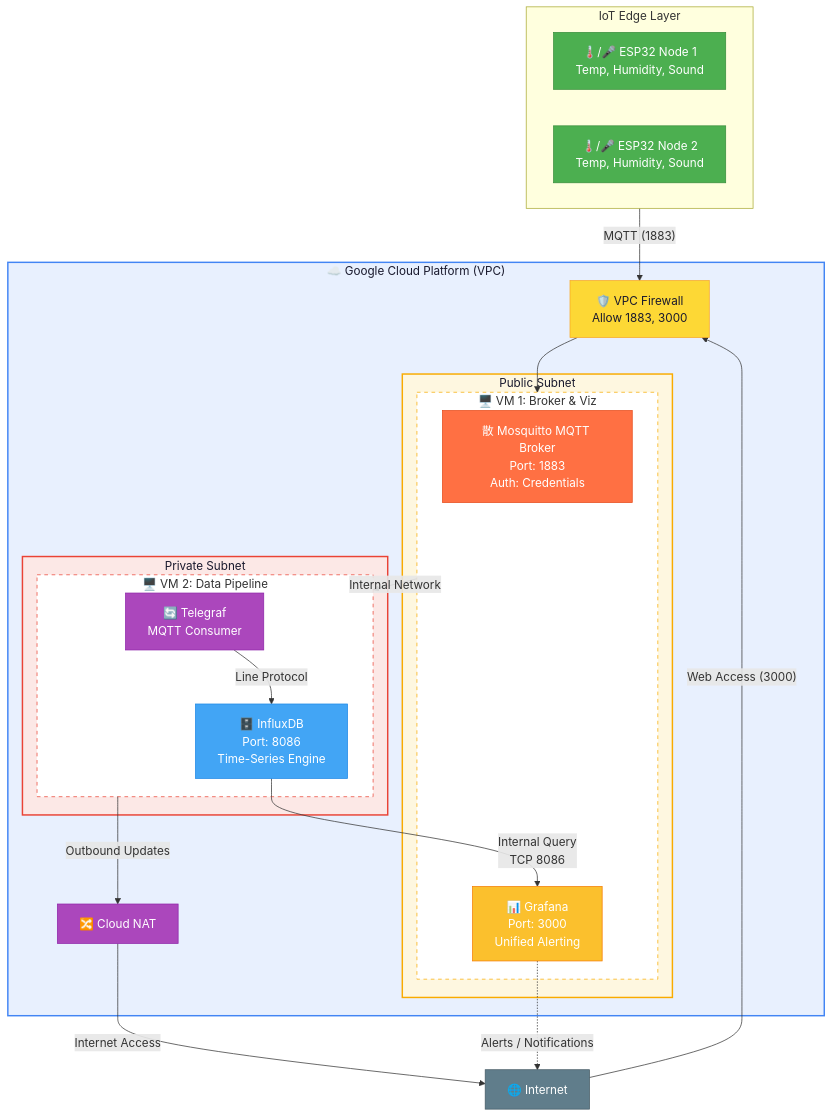
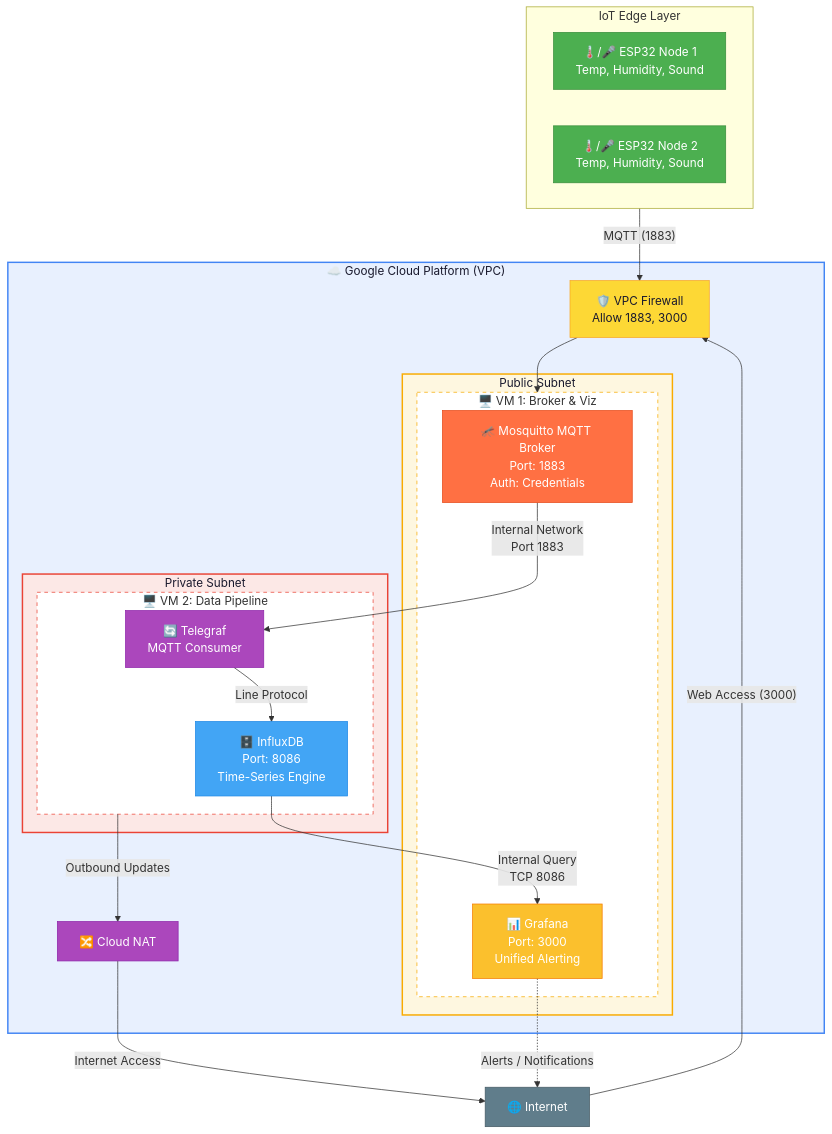
One commit to jggomez/iot-monitoring-system-01 changed the diagram in README.md. Above: the diagram before and after it, drawn with Mermaid.

````diff
--- a/README.md
+++ b/README.md
@@ -16,59 +16,61 @@
 ```mermaid
 graph TB
     INTERNET["🌐 Internet"]
 
     subgraph GCP_Cloud ["☁️ Google Cloud Platform (VPC)"]
         FW["🛡️ VPC Firewall<br>Allow 1883, 3000"]
         
         subgraph PUB_SUB ["Public Subnet"]
             subgraph VM1 ["🖥️ VM 1: Broker & Viz"]
-                MOSQ["散 Mosquitto MQTT Broker<br>Port: 1883<br>Auth: Credentials"]
+                MOSQ["🦟 Mosquitto MQTT Broker<br>Port: 1883<br>Auth: Credentials"]
                 GRAF["📊 Grafana<br>Port: 3000<br>Unified Alerting"]
             end
         end
 
         NAT["🔀 Cloud NAT"]
 
         subgraph PRIV_SUB ["Private Subnet"]
             subgraph VM2 ["🖥️ VM 2: Data Pipeline"]
                 TEL["🔄 Telegraf<br>MQTT Consumer"]
                 DB["🗄️ InfluxDB<br>Port: 8086<br>Time-Series Engine"]
             end
         end
     end
 
     subgraph IoT_Layer ["IoT Edge Layer"]
         ESP1["🌡️/🎤 ESP32 Node 1<br>Temp, Humidity, Sound"]
         ESP2["🌡️/🎤 ESP32 Node 2<br>Temp, Humidity, Sound"]
     end
 
     %% Flow Connections
     INTERNET -- "Web Access (3000)" --> FW
     IoT_Layer -- "MQTT (1883)" --> FW
     FW --> VM1
 
-    VM1 -- "Internal Network" --> VM2
+    %% -- RELATIONSHIP FIXED HERE --
+    MOSQ -- "Internal Network<br>Port 1883" --> TEL
+    
     TEL -- "Line Protocol" --> DB
     DB -- "Internal Query<br>TCP 8086" --> GRAF
     
     VM2 -- "Outbound Updates" --> NAT
     NAT -- "Internet Access" --> INTERNET
     
     GRAF -. "Alerts / Notifications" .-> INTERNET
 
     %% Component Styles
     style GCP_Cloud fill:#e8f0fe,stroke:#4285F4,stroke-width:2px,color:#1a1a2e
     style PUB_SUB fill:#fef7e0,stroke:#F9AB00,stroke-width:2px,color:#1a1a2e
     style PRIV_SUB fill:#fce8e6,stroke:#EA4335,stroke-width:2px,color:#1a1a2e
     style VM1 fill:#ffffff,stroke:#F9AB00,stroke-dasharray: 5 5
     style VM2 fill:#ffffff,stroke:#EA4335,stroke-dasharray: 5 5
     style FW fill:#FDD835,stroke:#F9A825,color:#1a1a2e
     style NAT fill:#AB47BC,stroke:#8E24AA,color:#fff
     style INTERNET fill:#607D8B,stroke:#455A64,color:#fff
     style ESP1 fill:#4CAF50,stroke:#388E3C,color:#fff
     style ESP2 fill:#4CAF50,stroke:#388E3C,color:#fff
     style MOSQ fill:#FF7043,stroke:#E64A19,color:#fff
     style TEL fill:#AB47BC,stroke:#8E24AA,color:#fff
     style DB fill:#42A5F5,stroke:#1E88E5,color:#fff
     style GRAF fill:#FBC02D,stroke:#F57C00,color:#fff
 ```
````
